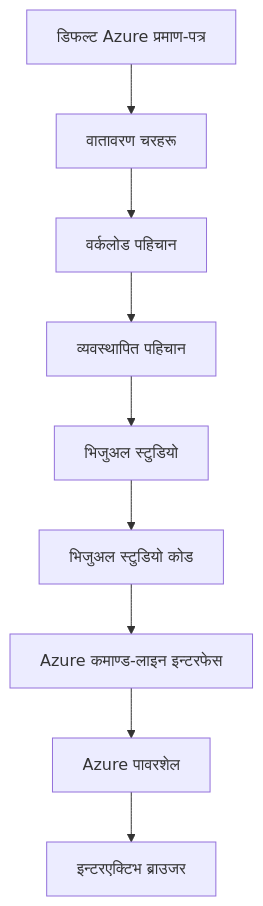
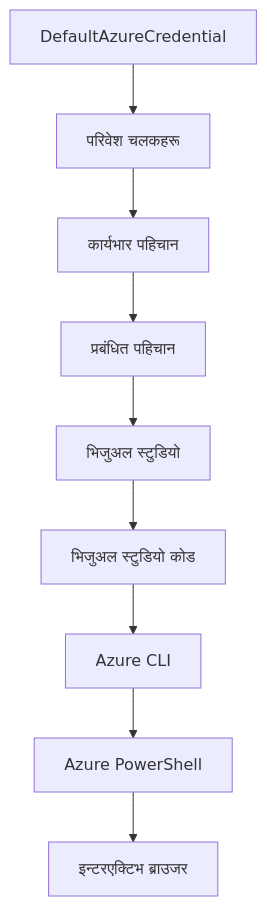
Before and after one commit to microsoft/AZD-for-beginners: the second of 2 diagrams in translations/ne/docs/chapter-01-foundation/azd-basics.md, drawn with Mermaid. The commit also changed other lines of this file and 101 other files, not shown here.

````diff
--- a/translations/ne/docs/chapter-01-foundation/azd-basics.md
+++ b/translations/ne/docs/chapter-01-foundation/azd-basics.md
@@ -594,11 +594,11 @@
 ```mermaid
 graph TD
-    A[डिफल्ट Azure प्रमाण-पत्र] --> B[वातावरण चरहरू]
-    B --> C[वर्कलोड पहिचान]
-    C --> D[व्यवस्थापित पहिचान]
+    A[DefaultAzureCredential] --> B[परिवेश चलकहरू]
+    B --> C[कार्यभार पहिचान]
+    C --> D[प्रबंधित पहिचान]
     D --> E[भिजुअल स्टुडियो]
     E --> F[भिजुअल स्टुडियो कोड]
-    F --> G[Azure कमाण्ड-लाइन इन्टरफेस]
-    G --> H[Azure पावरशेल]
+    F --> G[Azure CLI]
+    G --> H[Azure PowerShell]
     H --> I[इन्टरएक्टिभ ब्राउजर]
 ```
````
